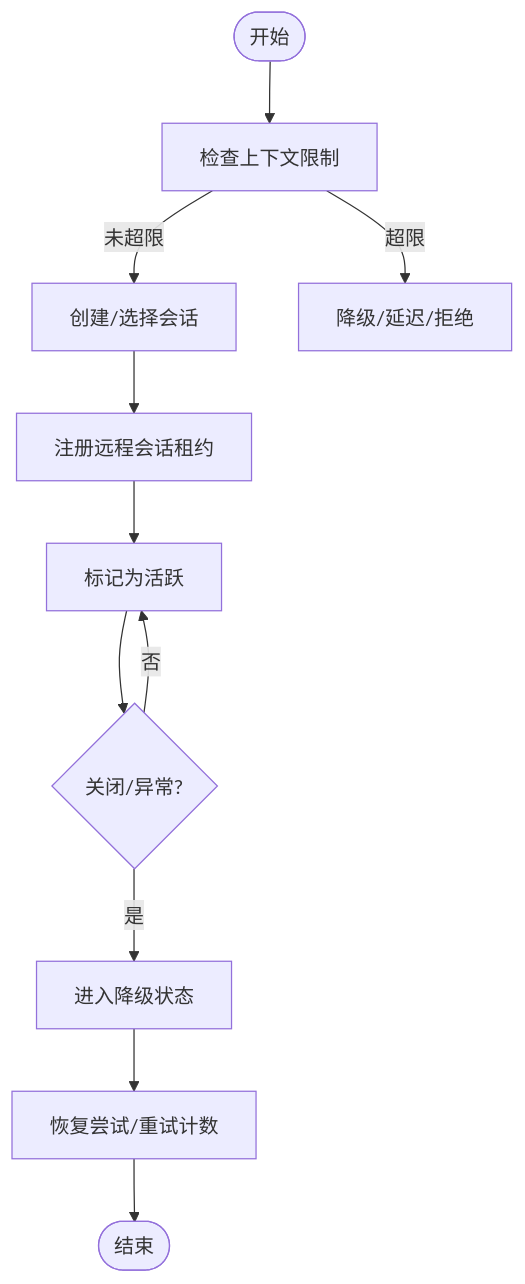
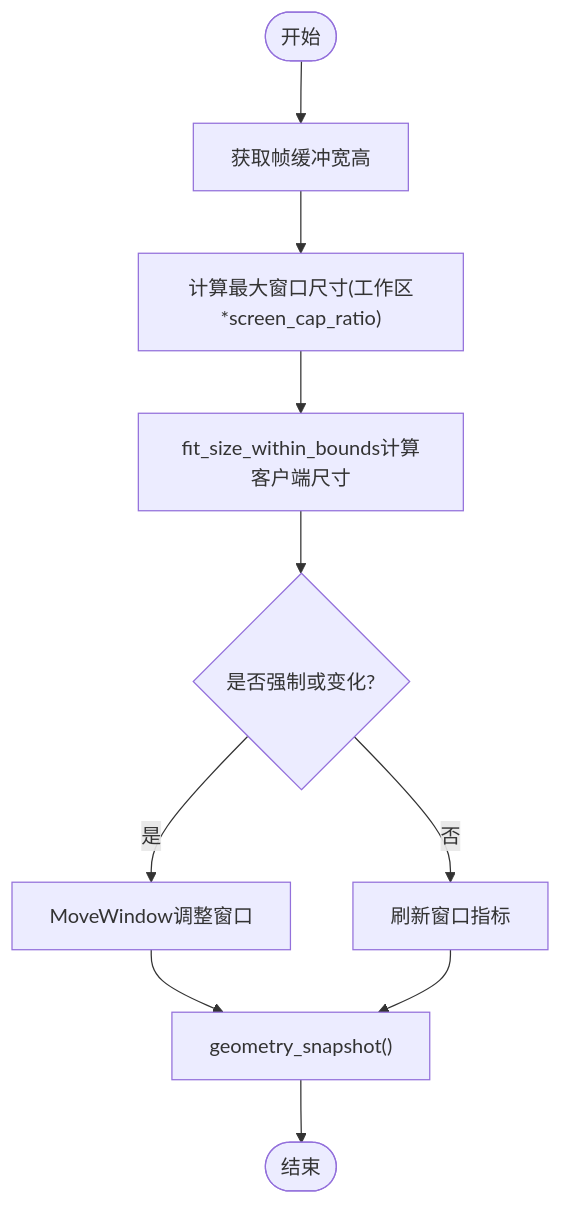
The sixth of 9 diagrams in .qoder/repowiki/zh/content/核心概念/会话模型.md (haolange/RDC-Tool), drawn with Mermaid before and after one commit. The commit also changed other lines of this file and 234 other files, not shown here.

````diff
--- a/.qoder/repowiki/zh/content/核心概念/会话模型.md
+++ b/.qoder/repowiki/zh/content/核心概念/会话模型.md
@@ -271,13 +240,12 @@
 ```mermaid
 flowchart TD
-Start(["开始"]) --> CheckLimit["检查上下文限制"]
-CheckLimit --> |未超限| CreateSession["创建/选择会话"]
-CheckLimit --> |超限| DeferOrReject["降级/延迟/拒绝"]
-CreateSession --> Lease["注册远程会话租约"]
-Lease --> Live["标记为活跃"]
-Live --> CloseOrErr{"关闭/异常?"}
-CloseOrErr --> |否| Live
-CloseOrErr --> |是| Degraded["进入降级状态"]
-Degraded --> Recover["恢复尝试/重试计数"]
-Recover --> End(["结束"])
+Start(["开始"]) --> GetFB["获取帧缓冲宽高"]
+GetFB --> CalcMax["计算最大窗口尺寸(工作区*screen_cap_ratio)"]
+CalcMax --> Fit["fit_size_within_bounds计算客户端尺寸"]
+Fit --> Apply{"是否强制或变化?"}
+Apply --> |是| Resize["MoveWindow调整窗口"]
+Apply --> |否| Refresh["刷新窗口指标"]
+Resize --> Snap["geometry_snapshot()"]
+Refresh --> Snap
+Snap --> End(["结束"])
 ```
````
